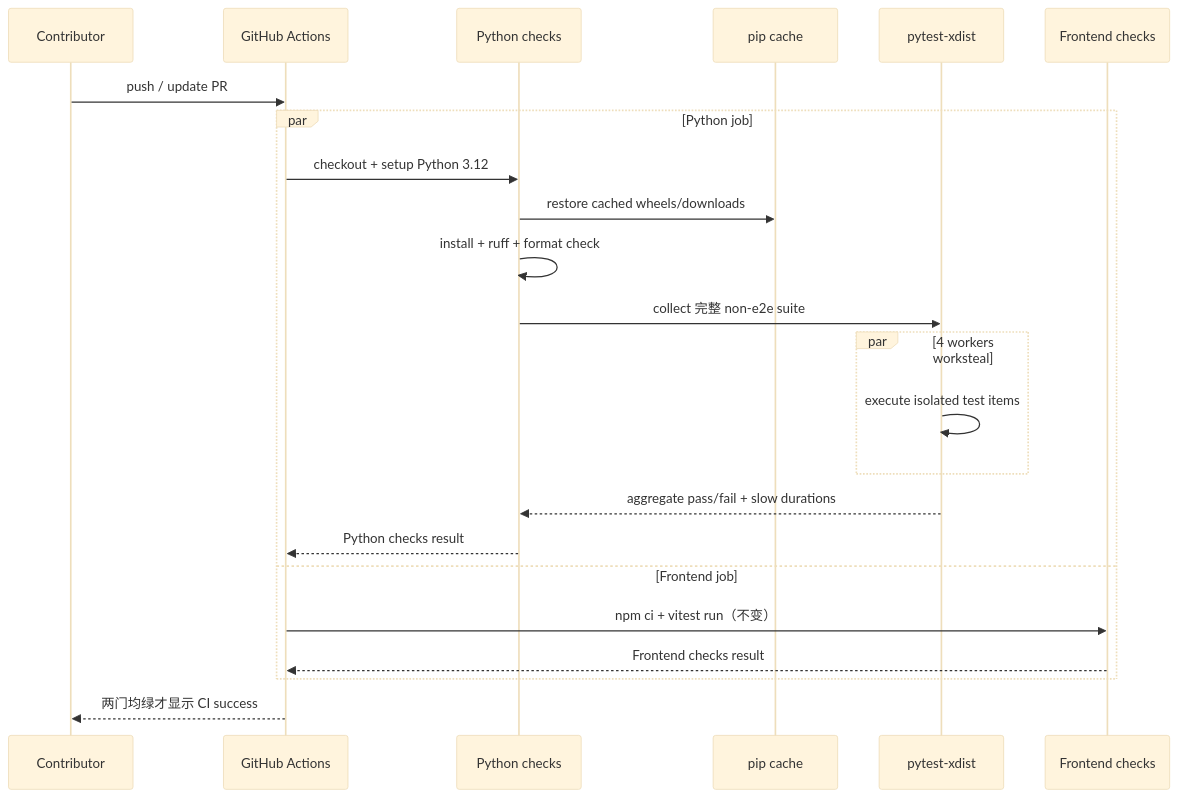
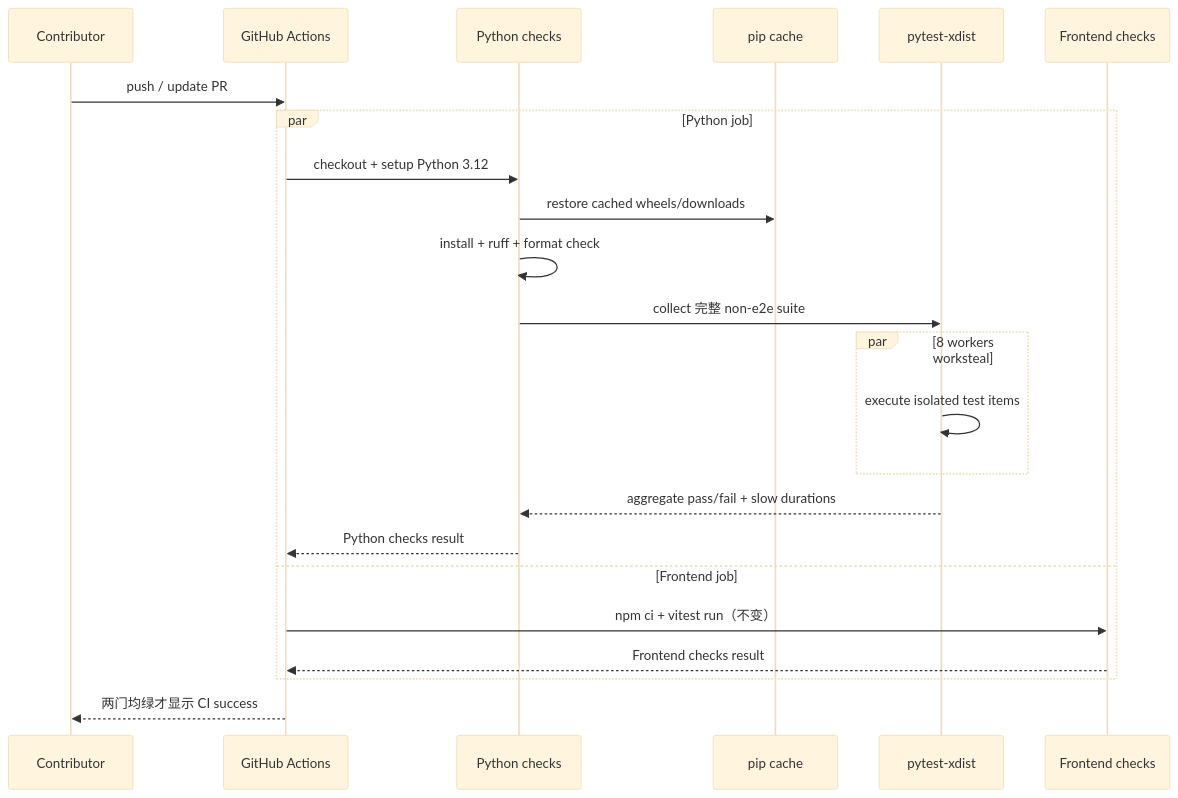
Before and after one commit to Mrchen116/nano-multiagent: the second of 2 diagrams in docs/changes/perf-458-ci-speed/design.md, drawn with Mermaid (base theme). The commit also changed other lines of this file and 2 other files, not shown here.

````diff
--- a/docs/changes/perf-458-ci-speed/design.md
+++ b/docs/changes/perf-458-ci-speed/design.md
@@ -138,26 +140,26 @@
 ```mermaid
 sequenceDiagram
     participant Dev as Contributor
     participant GH as GitHub Actions
     participant Py as Python checks
     participant Cache as pip cache
     participant XD as pytest-xdist
     participant FE as Frontend checks
 
     Dev->>GH: push / update PR
     par Python job
         GH->>Py: checkout + setup Python 3.12
         Py->>Cache: restore cached wheels/downloads
         Py->>Py: install + ruff + format check
         Py->>XD: collect 完整 non-e2e suite
-        par 4 workers worksteal
+        par 8 workers worksteal
             XD->>XD: execute isolated test items
         end
         XD-->>Py: aggregate pass/fail + slow durations
         Py-->>GH: Python checks result
     and Frontend job
         GH->>FE: npm ci + vitest run（不变）
         FE-->>GH: Frontend checks result
     end
     GH-->>Dev: 两门均绿才显示 CI success
 ```
````
